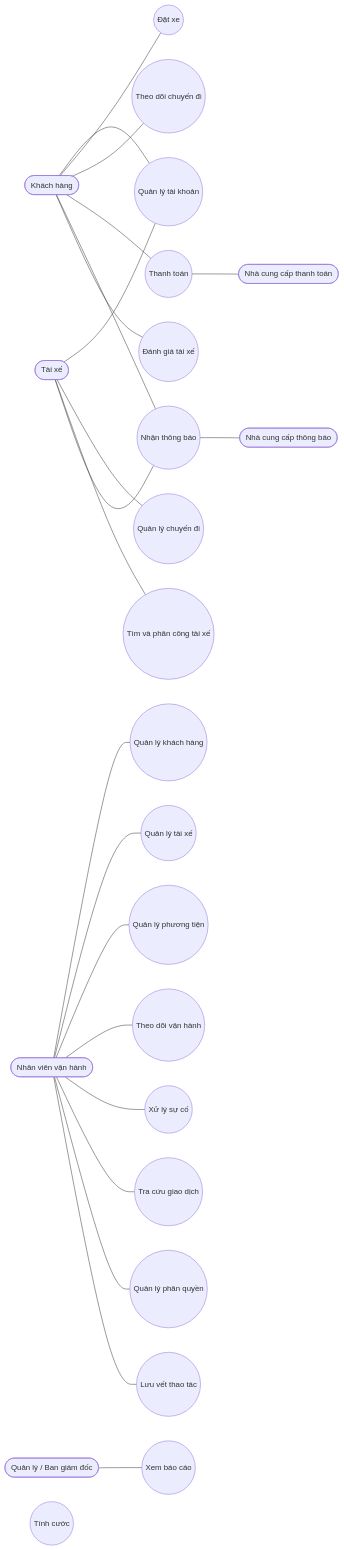
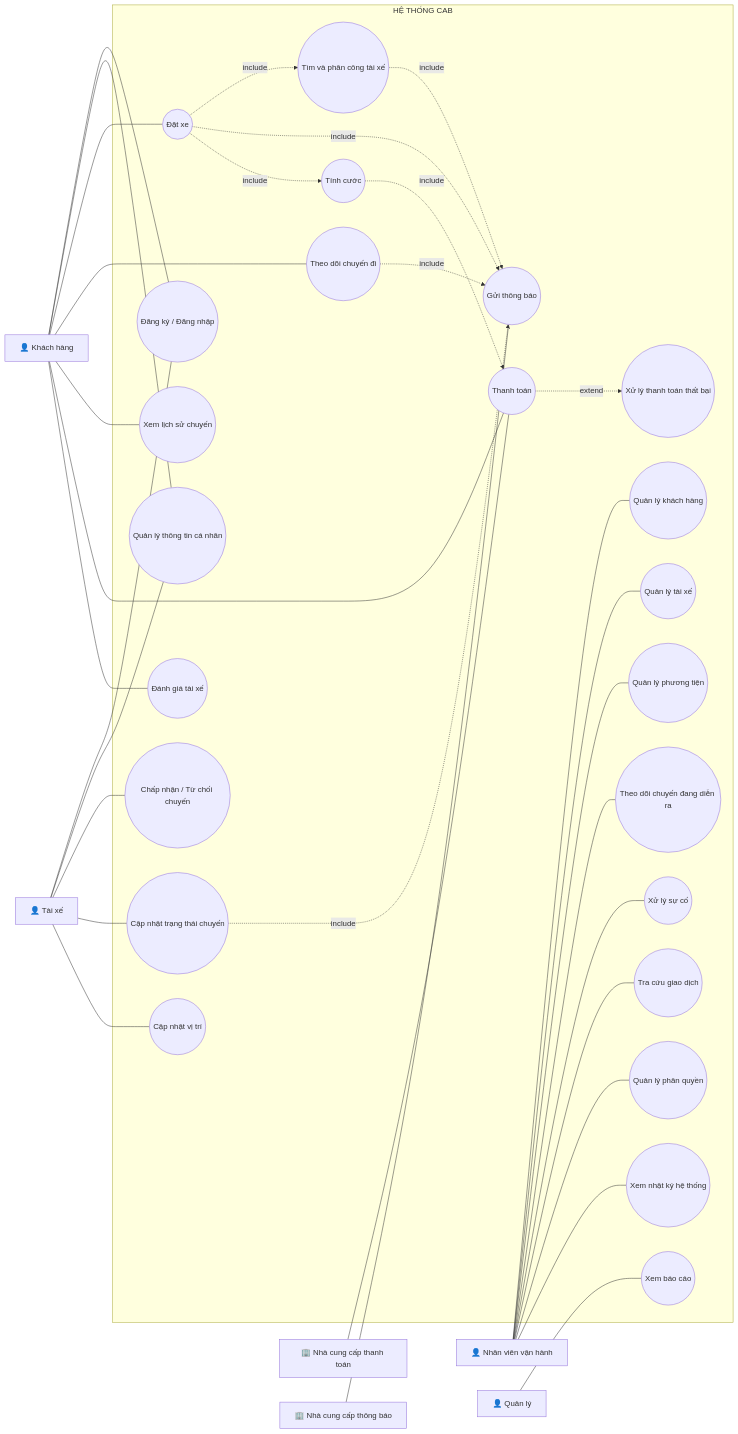
One commit to 23732511-ThaiThanhLuan/23732511_ThaiThanhLuan_Cabsystem changed the tenth of 10 diagrams in srs.md. Above: the diagram before and after it, drawn with Mermaid. The commit also changed other lines of this file, not shown here.

````diff
--- a/srs.md
+++ b/srs.md
@@ -521,54 +521,92 @@
 ```mermaid
 flowchart LR
-    Customer([Khách hàng])
-    Driver([Tài xế])
-    Employee([Nhân viên vận hành])
-    Manager([Quản lý / Ban giám đốc])
-    Payment([Nhà cung cấp thanh toán])
-    Notification([Nhà cung cấp thông báo])
 
-    UC1((Quản lý tài khoản))
-    UC2((Đặt xe))
-    UC3((Theo dõi chuyến đi))
-    UC4((Quản lý chuyến đi))
-    UC5((Tìm và phân công tài xế))
-    UC6((Tính cước))
-    UC7((Thanh toán))
-    UC8((Nhận thông báo))
-    UC9((Đánh giá tài xế))
-    UC10((Quản lý khách hàng))
-    UC11((Quản lý tài xế))
-    UC12((Quản lý phương tiện))
-    UC13((Theo dõi vận hành))
-    UC14((Xử lý sự cố))
-    UC15((Tra cứu giao dịch))
-    UC16((Xem báo cáo))
-    UC17((Quản lý phân quyền))
-    UC18((Lưu vết thao tác))
+    %% ===== ACTORS =====
+    Customer["👤 Khách hàng"]
+    Driver["👤 Tài xế"]
+    Employee["👤 Nhân viên vận hành"]
+    Manager["👤 Quản lý"]
+    Payment["🏢 Nhà cung cấp thanh toán"]
+    Notification["🏢 Nhà cung cấp thông báo"]
 
-    Customer --- UC1
-    Customer --- UC2
-    Customer --- UC3
-    Customer --- UC7
-    Customer --- UC8
-    Customer --- UC9
+    %% ===== SYSTEM =====
+    subgraph CAB["HỆ THỐNG CAB"]
+        
+        UC01(("Đăng ký / Đăng nhập"))
+        UC02(("Quản lý thông tin cá nhân"))
+        
+        UC03(("Đặt xe"))
+        UC04(("Tìm và phân công tài xế"))
+        UC05(("Theo dõi chuyến đi"))
+        UC06(("Xem lịch sử chuyến"))
+        
+        UC07(("Chấp nhận / Từ chối chuyến"))
+        UC08(("Cập nhật trạng thái chuyến"))
+        UC09(("Cập nhật vị trí"))
+        
+        UC10(("Tính cước"))
+        UC11(("Thanh toán"))
+        UC12(("Xử lý thanh toán thất bại"))
+        
+        UC13(("Gửi thông báo"))
+        UC14(("Đánh giá tài xế"))
+        
+        UC15(("Quản lý khách hàng"))
+        UC16(("Quản lý tài xế"))
+        UC17(("Quản lý phương tiện"))
+        UC18(("Theo dõi chuyến đang diễn ra"))
+        UC19(("Xử lý sự cố"))
+        UC20(("Tra cứu giao dịch"))
+        
+        UC21(("Quản lý phân quyền"))
+        UC22(("Xem nhật ký hệ thống"))
+        UC23(("Xem báo cáo"))
+    end
 
-    Driver --- UC1
-    Driver --- UC4
-    Driver --- UC5
-    Driver --- UC8
+    %% ===== CUSTOMER =====
+    Customer --- UC01
+    Customer --- UC02
+    Customer --- UC03
+    Customer --- UC05
+    Customer --- UC06
+    Customer --- UC11
+    Customer --- UC14
 
-    Employee --- UC10
-    Employee --- UC11
-    Employee --- UC12
-    Employee --- UC13
-    Employee --- UC14
+    %% ===== DRIVER =====
+    Driver --- UC01
+    Driver --- UC02
+    Driver --- UC07
+    Driver --- UC08
+    Driver --- UC09
+
+    %% ===== EMPLOYEE =====
     Employee --- UC15
+    Employee --- UC16
     Employee --- UC17
     Employee --- UC18
+    Employee --- UC19
+    Employee --- UC20
+    Employee --- UC21
+    Employee --- UC22
 
-    Manager --- UC16
+    %% ===== MANAGER =====
+    Manager --- UC23
 
-    UC7 --- Payment
-    UC8 --- Notification
+    %% ===== EXTERNAL SYSTEMS =====
+    Payment --- UC11
+    Notification --- UC13
+
+    %% ===== INTERNAL RELATIONSHIPS =====
+    UC03 -.->|include| UC04
+    UC03 -.->|include| UC13
+    
+    UC04 -.->|include| UC13
+    
+    UC08 -.->|include| UC13
+    
+    UC10 -.->|include| UC11
+    UC11 -.->|extend| UC12
+    
+    UC03 -.->|include| UC10
+    UC05 -.->|include| UC13
 ```
````
